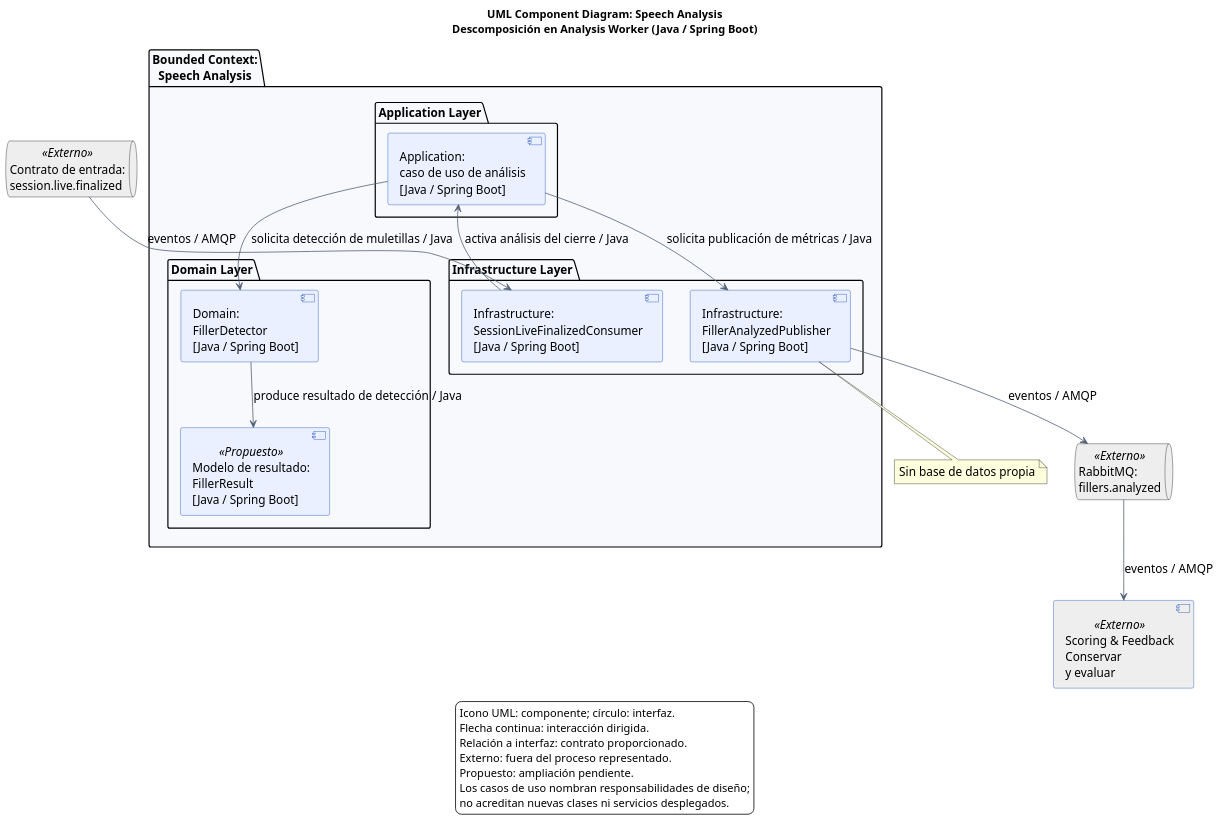
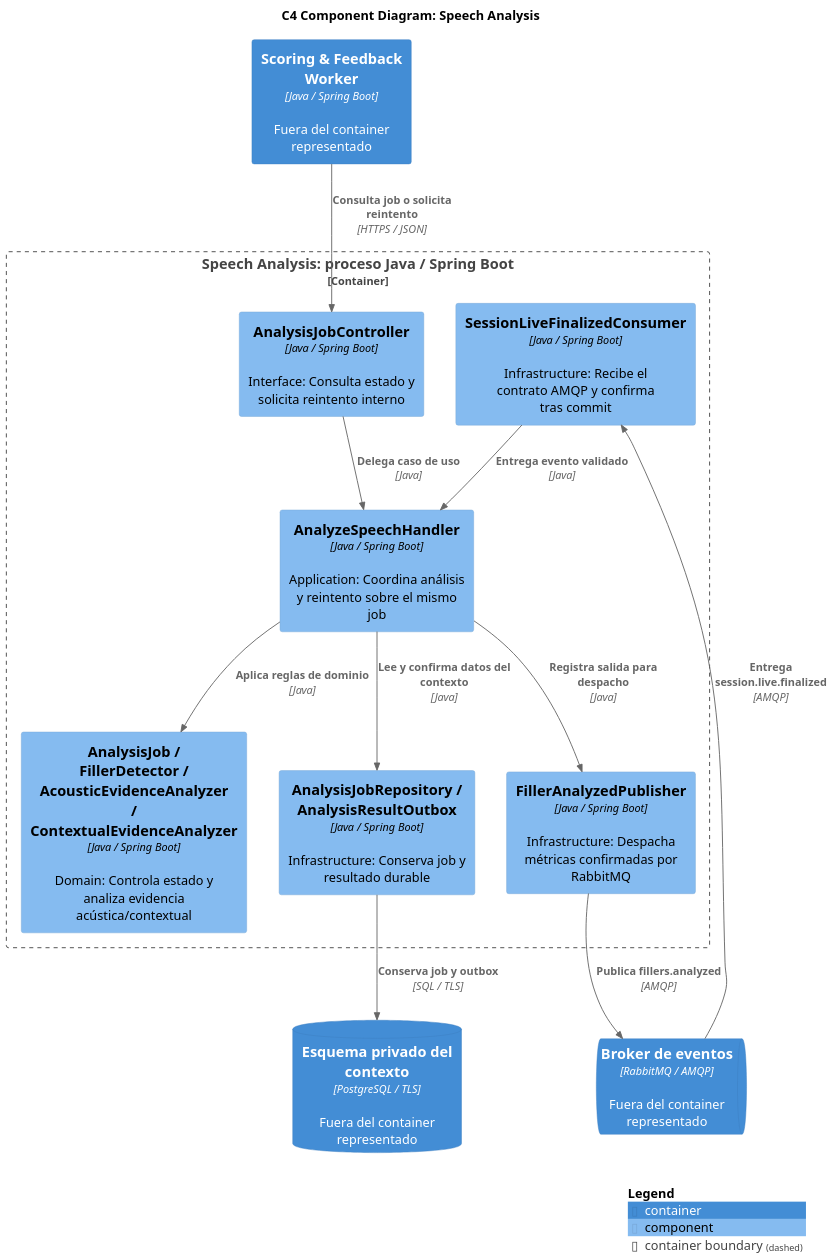
One commit to upc-pre-202620-si728-16365-thropic/talki-project-report changed the diagram in assets/diagrams/tactical/02-speech-analysis-components.puml. Above: the diagram before and after it, drawn with PlantUML. The commit also changed 6 other files, not shown here.

First line of the commit message:
docs(5.2): completa modelos y contratos de Speech Analysis

```diff
--- a/assets/diagrams/tactical/02-speech-analysis-components.puml
+++ b/assets/diagrams/tactical/02-speech-analysis-components.puml
@@ -1,51 +1,28 @@
 @startuml
+!include <C4/C4_Component>
 skinparam defaultFontName Arial
-skinparam defaultFontSize 15
-skinparam shadowing false
-skinparam componentStyle uml2
-skinparam backgroundColor white
-skinparam componentBackgroundColor #EAF0FF
-skinparam componentBorderColor #1749B5
-skinparam ArrowColor #536177
-skinparam packageBackgroundColor #F7F9FD
-skinparam dpi 130
-title
-UML Component Diagram: Speech Analysis
-Descomposición en Analysis Worker (Java / Spring Boot)
-end title
-queue "Contrato de entrada:\nsession.live.finalized" as input <<Externo>> #EEEEEE
-queue "RabbitMQ:\nfillers.analyzed" as broker <<Externo>> #EEEEEE
-component "Scoring & Feedback\nConservar\ny evaluar" as scoring <<Externo>> #EEEEEE
-package "Bounded Context:\nSpeech Analysis" {
-  package "Application Layer" {
-    component "Application:\ncaso de uso de análisis\n[Java / Spring Boot]" as app
-  }
-  package "Domain Layer" {
-    component "Domain:\nFillerDetector\n[Java / Spring Boot]" as detector
-    component "Modelo de resultado:\nFillerResult\n[Java / Spring Boot]" as result <<Propuesto>>
-  }
-  package "Infrastructure Layer" {
-    component "Infrastructure:\nSessionLiveFinalizedConsumer\n[Java / Spring Boot]" as listener
-    component "Infrastructure:\nFillerAnalyzedPublisher\n[Java / Spring Boot]" as publisher
-  }
+skinparam dpi 150
+LAYOUT_TOP_DOWN()
+title C4 Component Diagram: Speech Analysis
+ContainerQueue(bus, "Broker de eventos", "RabbitMQ / AMQP", "Fuera del container representado")
+ContainerDb(db, "Esquema privado del contexto", "PostgreSQL / TLS", "Fuera del container representado")
+Container(scoring, "Scoring & Feedback Worker", "Java / Spring Boot", "Fuera del container representado")
+Container_Boundary(scope, "Speech Analysis: proceso Java / Spring Boot") {
+  Component(consumer, "SessionLiveFinalizedConsumer", "Java / Spring Boot", "Infrastructure: Recibe el contrato AMQP y confirma tras commit")
+  Component(app, "AnalyzeSpeechHandler", "Java / Spring Boot", "Application: Coordina análisis y reintento sobre el mismo job")
+  Component(rules, "AnalysisJob / FillerDetector / AcousticEvidenceAnalyzer / ContextualEvidenceAnalyzer", "Java / Spring Boot", "Domain: Controla estado y analiza evidencia acústica/contextual")
+  Component(api, "AnalysisJobController", "Java / Spring Boot", "Interface: Consulta estado y solicita reintento interno")
+  Component(repo, "AnalysisJobRepository / AnalysisResultOutbox", "Java / Spring Boot", "Infrastructure: Conserva job y resultado durable")
+  Component(publisher, "FillerAnalyzedPublisher", "Java / Spring Boot", "Infrastructure: Despacha métricas confirmadas por RabbitMQ")
 }
-input --> listener : eventos / AMQP
-listener --> app : activa análisis del cierre / Java
-app --> detector : solicita detección de muletillas / Java
-detector --> result : produce resultado de detección / Java
-app --> publisher : solicita publicación de métricas / Java
-publisher --> broker : eventos / AMQP
-broker --> scoring : eventos / AMQP
-note bottom
-Sin base de datos propia
-end note
-legend bottom
-Icono UML: componente; círculo: interfaz.
-Flecha continua: interacción dirigida.
-Relación a interfaz: contrato proporcionado.
-Externo: fuera del proceso representado.
-Propuesto: ampliación pendiente.
-Los casos de uso nombran responsabilidades de diseño;
-no acreditan nuevas clases ni servicios desplegados.
-endlegend
+Rel(api, app, "Delega caso de uso", "Java")
+Rel(consumer, app, "Entrega evento validado", "Java")
+Rel(app, rules, "Aplica reglas de dominio", "Java")
+Rel(app, repo, "Lee y confirma datos del contexto", "Java")
+Rel(app, publisher, "Registra salida para despacho", "Java")
+Rel(bus, consumer, "Entrega session.live.finalized", "AMQP")
+Rel(scoring, api, "Consulta job o solicita reintento", "HTTPS / JSON")
+Rel(repo, db, "Conserva job y outbox", "SQL / TLS")
+Rel(publisher, bus, "Publica fillers.analyzed", "AMQP")
+SHOW_LEGEND()
 @enduml
```
